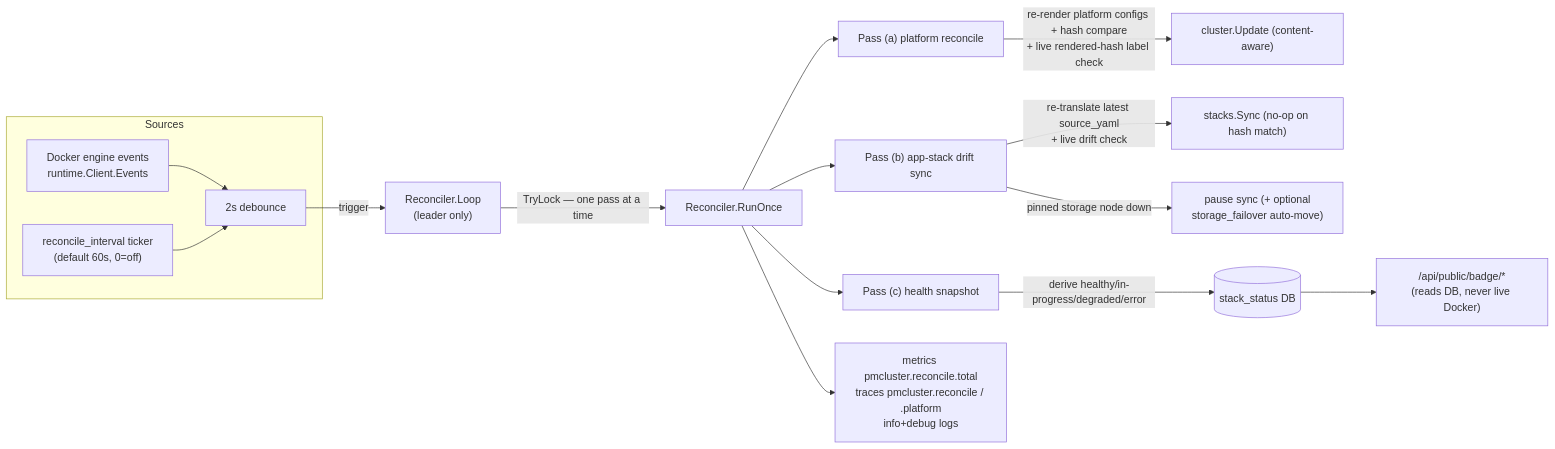
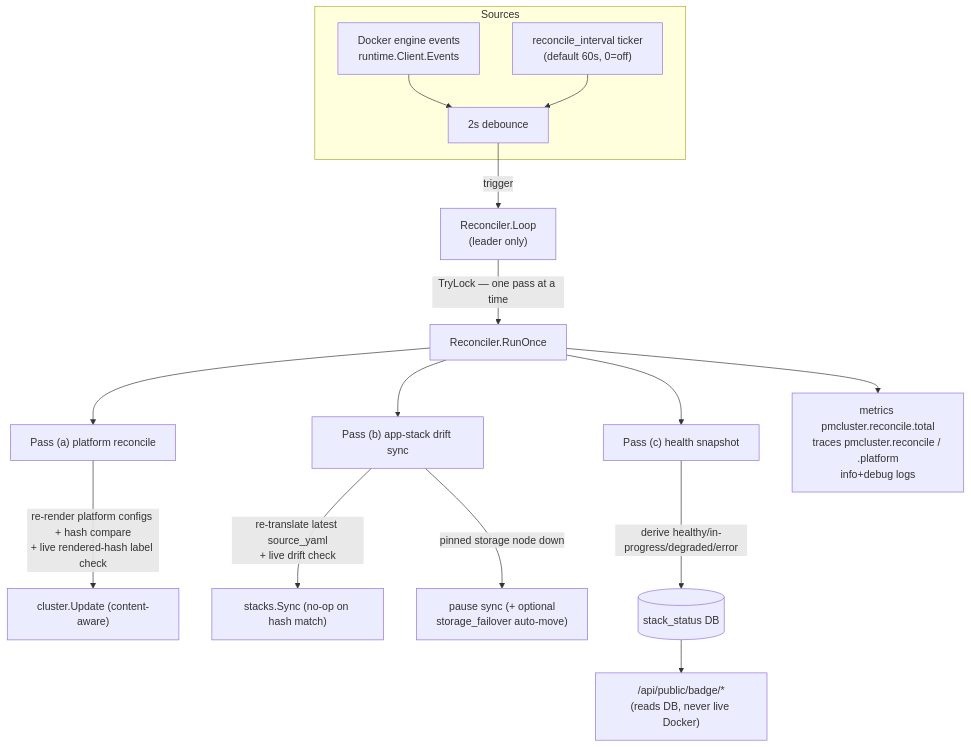
The diagram in docs/control-loop-design.md (hazemarian/poor-man-cluster), drawn with Mermaid before and after one commit. The commit also changed 2 other files, not shown here.

Commit message:
docs: reflow three diagrams that shrank below legibility
Measured at their intrinsic width, not their aspect ratio, these were wider than
GitHub's content column can show without shrinking the labels — drawn as
`flowchart LR` they were 2186px, 2354px and 1514px wide, which fits to 0.38, 0.35
and 0.55 of full size and renders text at roughly 6px. The same graphs laid out
`flowchart TD` are 1409px, 1462px and 527px.

Network-topology #4 is the clearest case: 1514x236 became 527x726, so it now
renders at full size instead of at half.

The remaining seven diagrams sit between 0.57 and 0.73 (9-12px labels). Legible,
reported as warnings, and worth a second pass later.

````diff
--- a/docs/control-loop-design.md
+++ b/docs/control-loop-design.md
@@ -5,18 +5,18 @@
 ```mermaid
-flowchart LR
+flowchart TD
   subgraph Sources
     DE["Docker engine events<br/>runtime.Client.Events"] --> DEB["2s debounce"]
     TICK["reconcile_interval ticker<br/>(default 60s, 0=off)"] --> DEB
   end
   DEB -->|"trigger"| LOOP["Reconciler.Loop<br/>(leader only)"]
   LOOP -->|"TryLock — one pass at a time"| RUN["Reconciler.RunOnce"]
   RUN --> P1["Pass (a) platform reconcile"]
   RUN --> P2["Pass (b) app-stack drift sync"]
   RUN --> P3["Pass (c) health snapshot"]
   P1 -->|"re-render platform configs + hash compare<br/>+ live rendered-hash label check"| UPD["cluster.Update (content-aware)"]
   P2 -->|"re-translate latest source_yaml<br/>+ live drift check"| SYNC["stacks.Sync (no-op on hash match)"]
   P2 -->|"pinned storage node down"| PAUSE["pause sync (+ optional<br/>storage_failover auto-move)"]
   P3 -->|"derive healthy/in-progress/degraded/error"| SS[("stack_status DB")]
   SS --> BADGE["/api/public/badge/*<br/>(reads DB, never live Docker)"]
   RUN --> OBS["metrics pmcluster.reconcile.total<br/>traces pmcluster.reconcile / .platform<br/>info+debug logs"]
 ```
````
